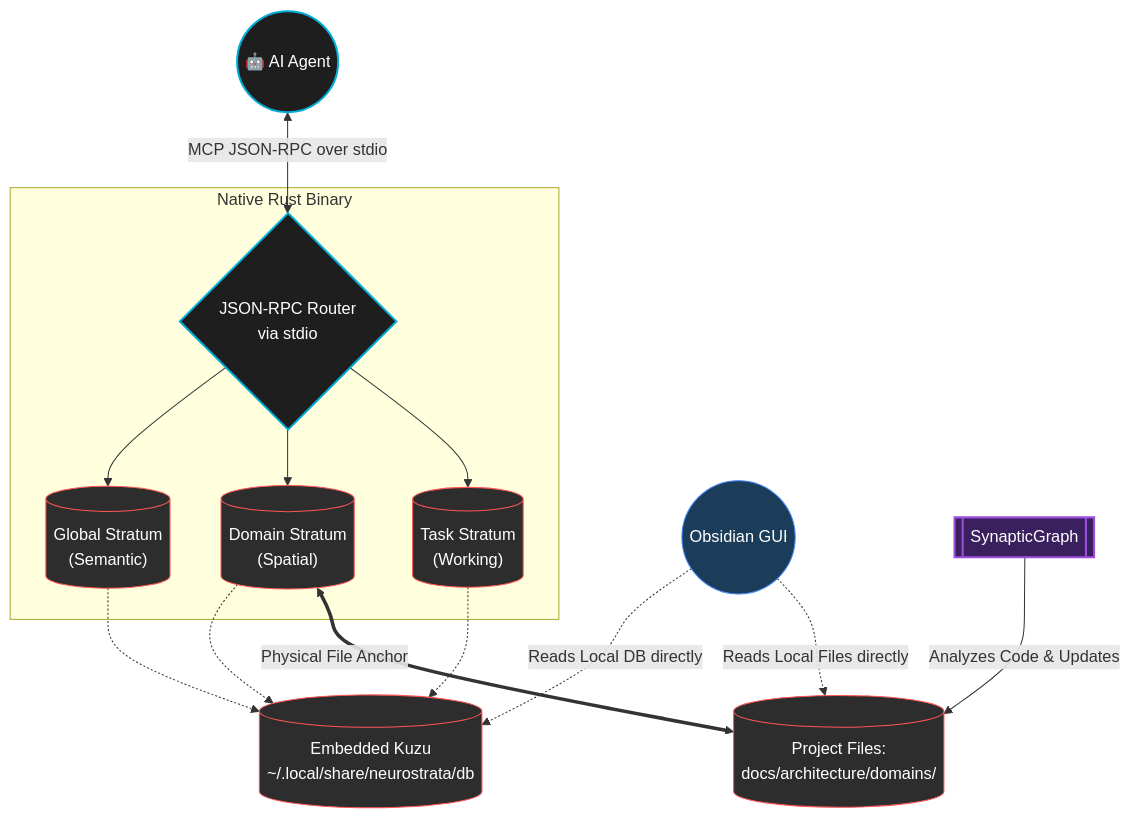
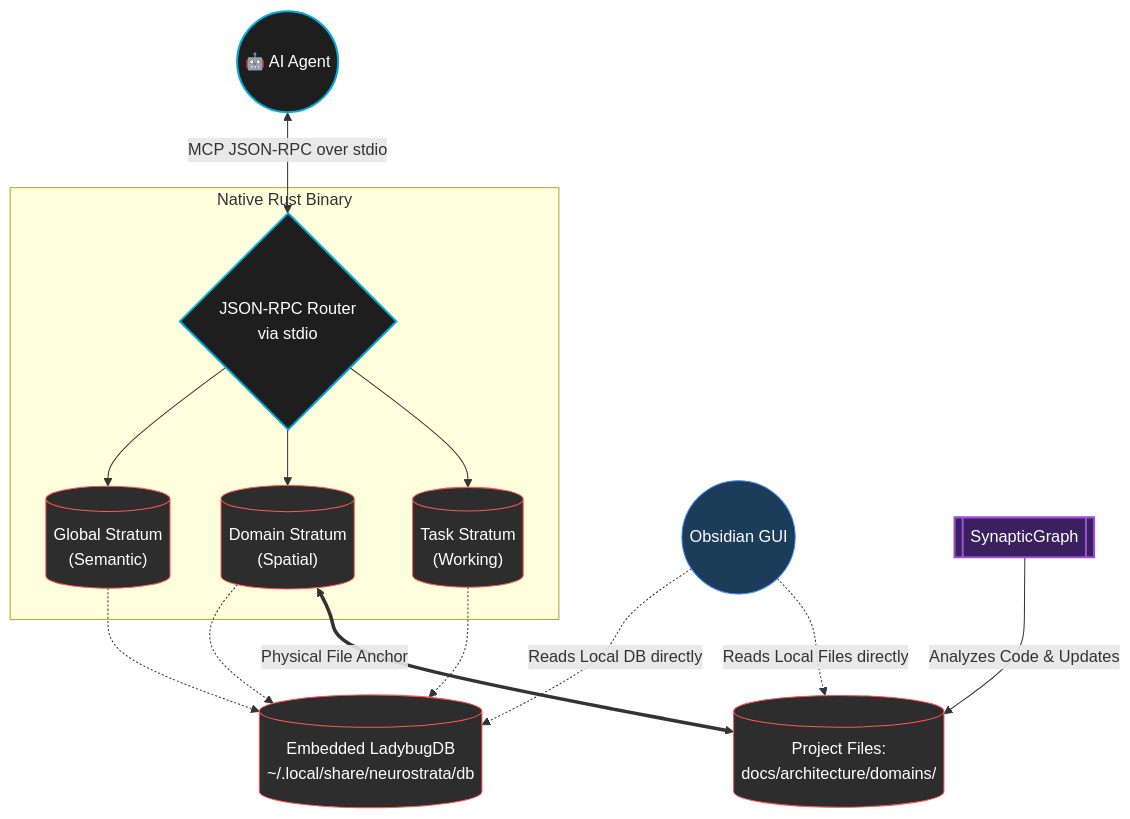
The diagram in README.md (Cognilogical/NeuroStrata), drawn with Mermaid before and after one commit. The commit also changed other lines of this file and 23 other files, not shown here.

````diff
--- a/README.md
+++ b/README.md
@@ -72,42 +72,42 @@
 ```mermaid
 graph TD
     Agent((🤖 AI Agent))
     
     subgraph NeuroStrata MCP Server [Native Rust Binary]
         Router{JSON-RPC Router<br/>via stdio}
         
         Tier1[("Global Stratum<br/>(Semantic)")]
         Tier2[("Domain Stratum<br/>(Spatial)")]
         Tier3[("Task Stratum<br/>(Working)")]
     end
     
-    Kuzu[(Embedded Kuzu<br/>~/.local/share/neurostrata/db)]
+    LadybugDB[(Embedded LadybugDB<br/>~/.local/share/neurostrata/db)]
     PointerWiki[(Project Files:<br/>docs/architecture/domains/)]
     Obsidian((Obsidian GUI))
     SynapticGraph[[SynapticGraph]]
     
     Agent <-->|MCP JSON-RPC over stdio| Router
     Router --> Tier1
     Router --> Tier2
     Router --> Tier3
     
-    Tier1 -.-> Kuzu
-    Tier2 -.-> Kuzu
-    Tier3 -.-> Kuzu
+    Tier1 -.-> LadybugDB
+    Tier2 -.-> LadybugDB
+    Tier3 -.-> LadybugDB
     
     Tier2 <==>|Physical File Anchor| PointerWiki
     SynapticGraph -->|Analyzes Code & Updates| PointerWiki
     
-    Obsidian -.->|Reads Local DB directly| Kuzu
+    Obsidian -.->|Reads Local DB directly| LadybugDB
     Obsidian -.->|Reads Local Files directly| PointerWiki
 
     classDef core fill:#1e1e1e,stroke:#00ADD8,stroke-width:2px,color:#fff;
     classDef memory fill:#2d2d2d,stroke:#ff5555,stroke-width:1px,color:#fff;
     classDef engine fill:#3a205e,stroke:#9d4edd,stroke-width:2px,color:#fff;
     classDef tool fill:#1c3d5a,stroke:#3b82f6,stroke-width:1px,color:#fff;
     
     class Agent,Router core;
-    class Tier1,Tier2,Tier3,Kuzu,PointerWiki memory;
+    class Tier1,Tier2,Tier3,LadybugDB,PointerWiki memory;
     class SynapticGraph engine;
     class Obsidian tool;
 ```
````
